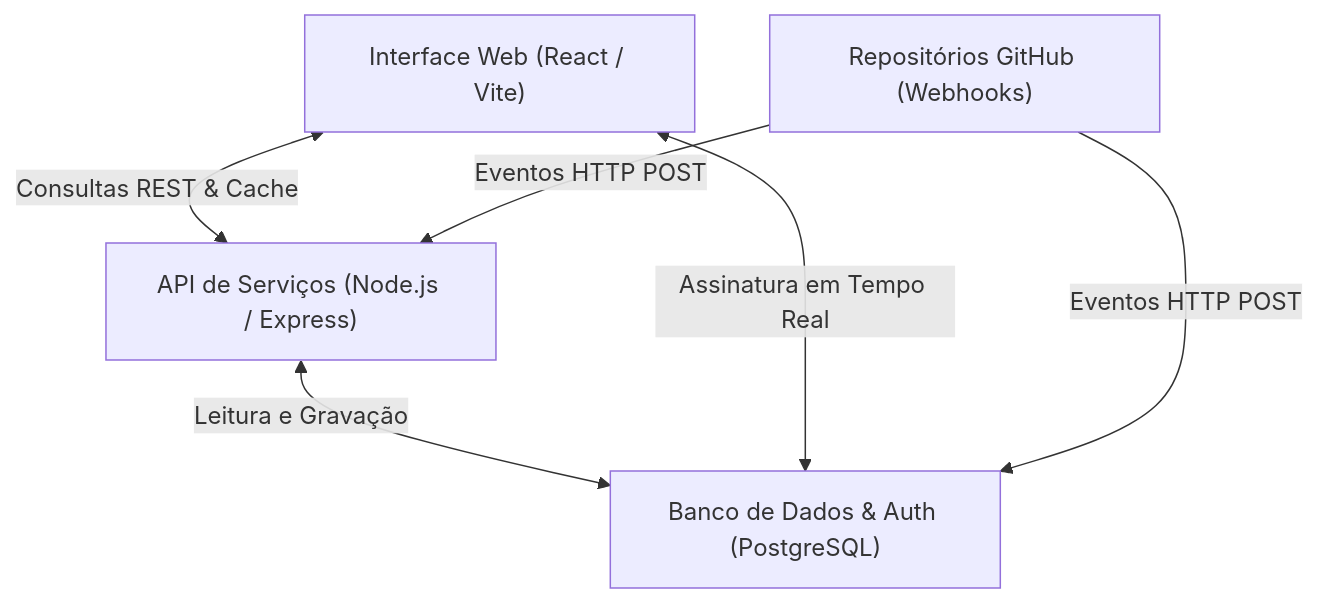
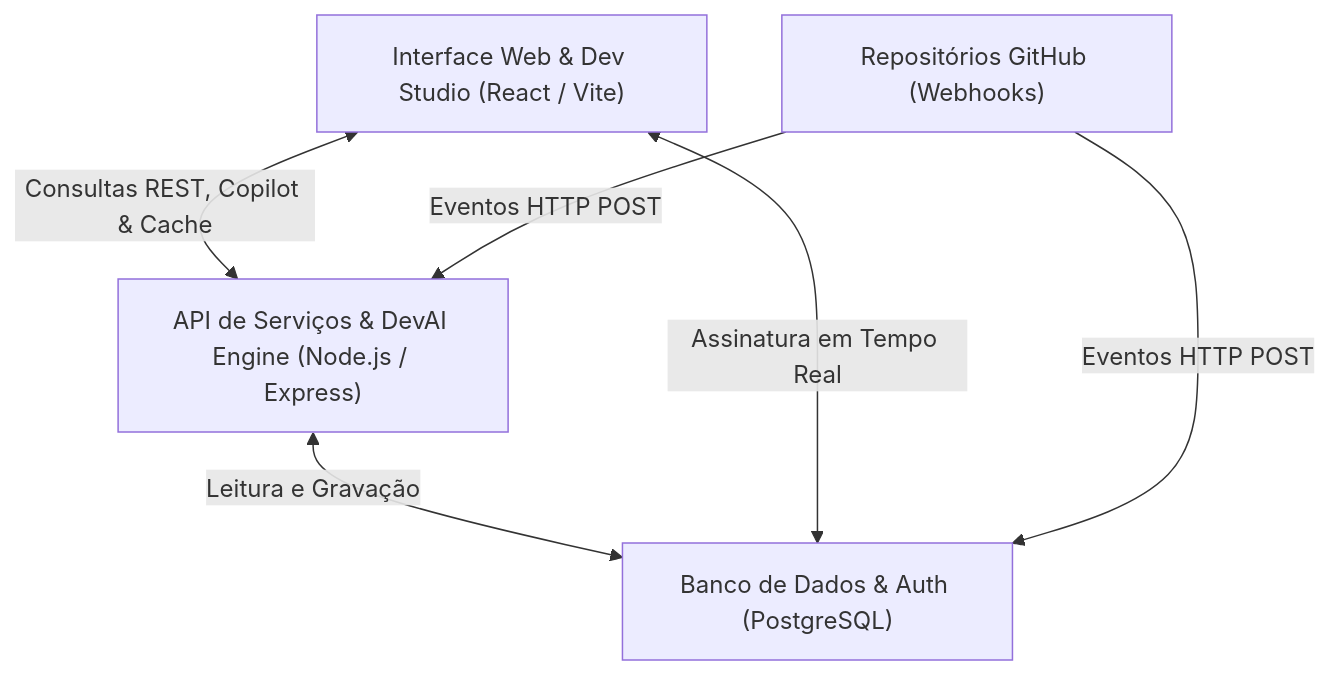
The diagram in README.md (Matheusvs1998/painel-dev), drawn with Mermaid before and after one commit. The commit also changed other lines of this file and 5 other files, not shown here.

Commit message:
feat(ide): adicionar Dev Studio com editor de codigo, explorador de arquivos, live preview, terminal e DevAI Copilot integrado

````diff
--- a/README.md
+++ b/README.md
@@ -50,13 +54,13 @@
 ```mermaid
 flowchart TD
-    Frontend["Interface Web (React / Vite)"]
-    Backend["API de Serviços (Node.js / Express)"]
+    Frontend["Interface Web & Dev Studio (React / Vite)"]
+    Backend["API de Serviços & DevAI Engine (Node.js / Express)"]
     Supabase["Banco de Dados & Auth (PostgreSQL)"]
     GitHub["Repositórios GitHub (Webhooks)"]
 
-    Frontend <-->|Consultas REST & Cache| Backend
+    Frontend <-->|Consultas REST, Copilot & Cache| Backend
     Backend <-->|Leitura e Gravação| Supabase
     Frontend <-->|Assinatura em Tempo Real| Supabase
     GitHub -->|Eventos HTTP POST| Backend
     GitHub -->|Eventos HTTP POST| Supabase
 ```
````
